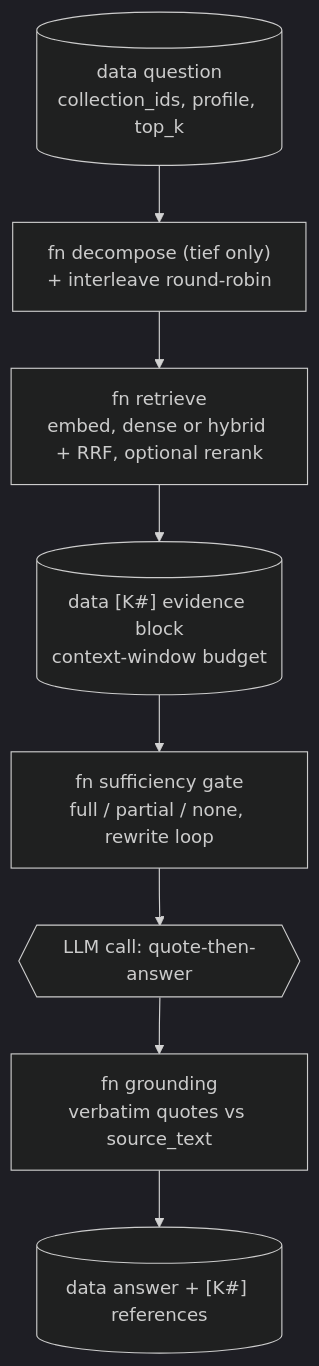
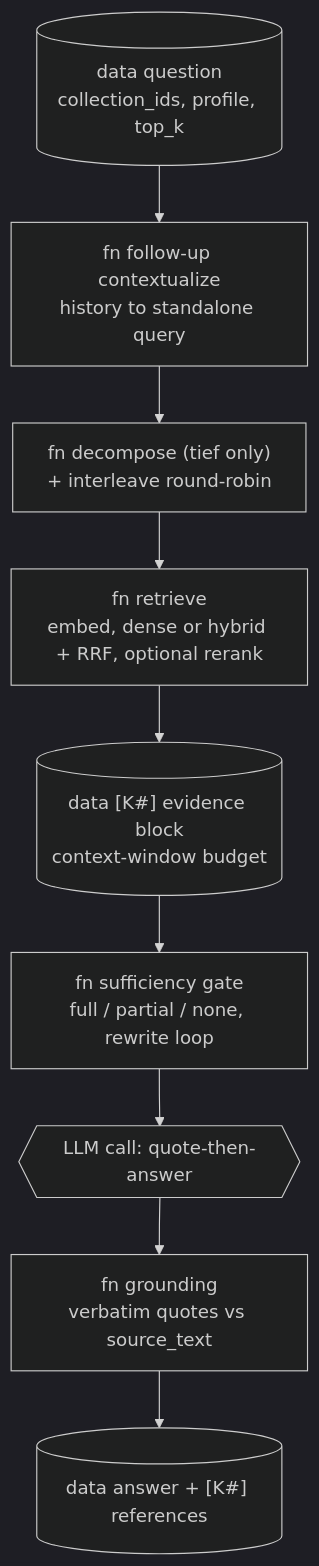
The second of 2 diagrams in docs/knowledge/overview.md (BZandi/inqtrix), drawn with Mermaid (dark theme) before and after one commit. The commit also changed other lines of this file and 192 other files, not shown here.

````diff
--- a/docs/knowledge/overview.md
+++ b/docs/knowledge/overview.md
@@ -67,12 +67,13 @@
 ```mermaid
 flowchart TD
     Q[("data question<br/>collection_ids, profile, top_k")]
+    Ctx["fn follow-up contextualize<br/>history to standalone query"]
     Dec["fn decompose (tief only)<br/>+ interleave round-robin"]
     Retr["fn retrieve<br/>embed, dense or hybrid + RRF, optional rerank"]
     Ev[("data [K#] evidence block<br/>context-window budget")]
     Gate["fn sufficiency gate<br/>full / partial / none, rewrite loop"]
     Ans{{"LLM call: quote-then-answer"}}
     Gr["fn grounding<br/>verbatim quotes vs source_text"]
     Out[("data answer + [K#] references")]
-    Q --> Dec --> Retr --> Ev --> Gate --> Ans --> Gr --> Out
+    Q --> Ctx --> Dec --> Retr --> Ev --> Gate --> Ans --> Gr --> Out
 ```
````
